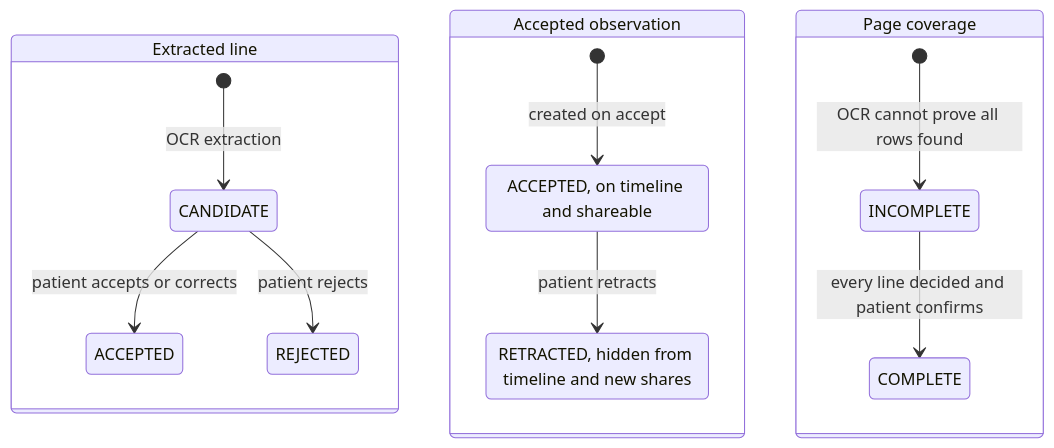
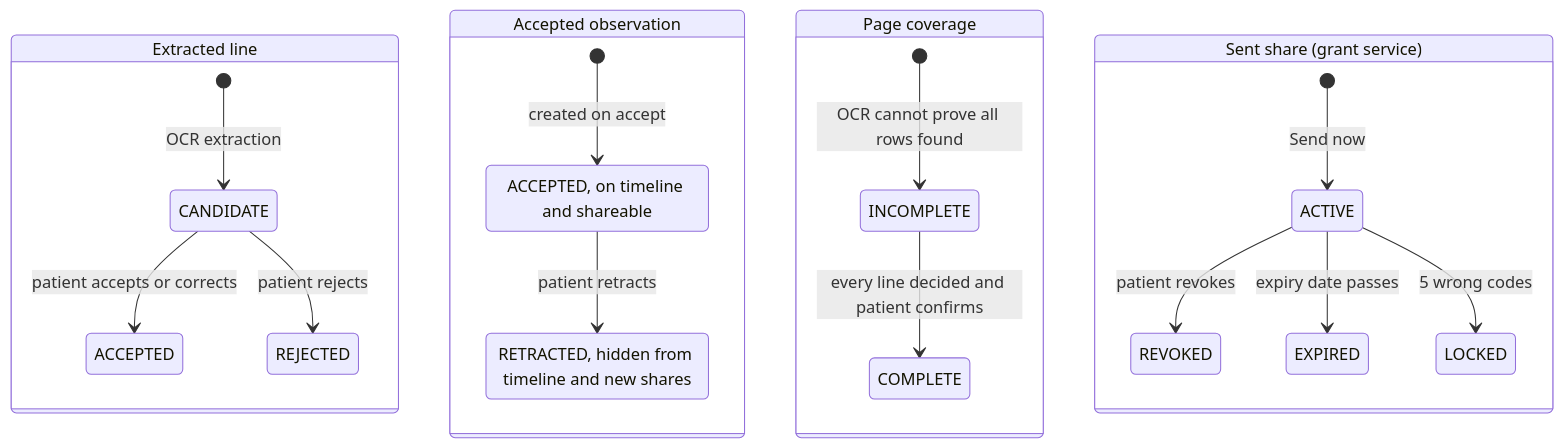
One commit to renee127/LabTrail changed the fifth of 5 diagrams in docs/implementation.md. Above: the diagram before and after it, drawn with Mermaid. The commit also changed other lines of this file and 6 other files, not shown here.

````diff
--- a/docs/implementation.md
+++ b/docs/implementation.md
@@ -212,18 +252,24 @@
 ```mermaid
 stateDiagram-v2
     state "Extracted line" as line {
         [*] --> CANDIDATE : OCR extraction
         CANDIDATE --> ACCEPTED : patient accepts or corrects
         CANDIDATE --> REJECTED : patient rejects
     }
     state "Accepted observation" as obs {
         ACCEPTED_OBS : ACCEPTED, on timeline and shareable
         RETRACTED_BY_PATIENT : RETRACTED, hidden from timeline and new shares
         [*] --> ACCEPTED_OBS : created on accept
         ACCEPTED_OBS --> RETRACTED_BY_PATIENT : patient retracts
     }
     state "Page coverage" as page {
         [*] --> INCOMPLETE : OCR cannot prove all rows found
         INCOMPLETE --> COMPLETE : every line decided and patient confirms
     }
+    state "Sent share (grant service)" as grant {
+        [*] --> ACTIVE : Send now
+        ACTIVE --> REVOKED : patient revokes
+        ACTIVE --> EXPIRED : expiry date passes
+        ACTIVE --> LOCKED : 5 wrong codes
+    }
 ```
````
